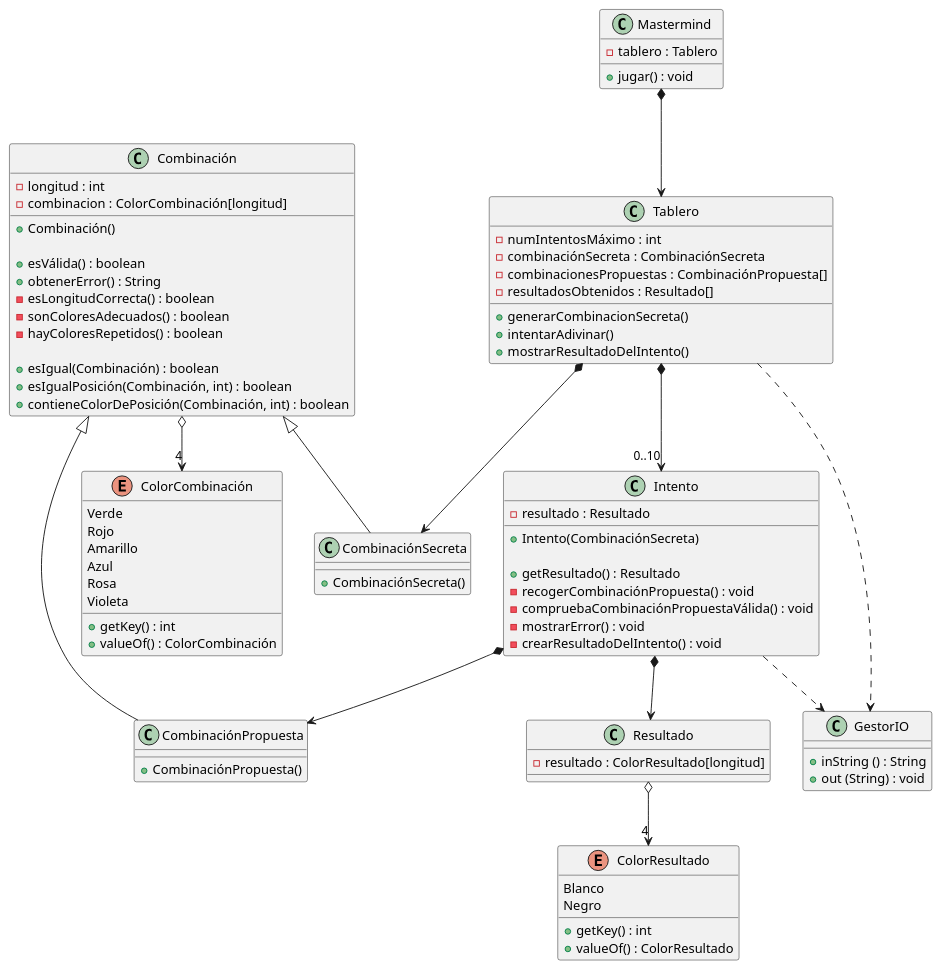
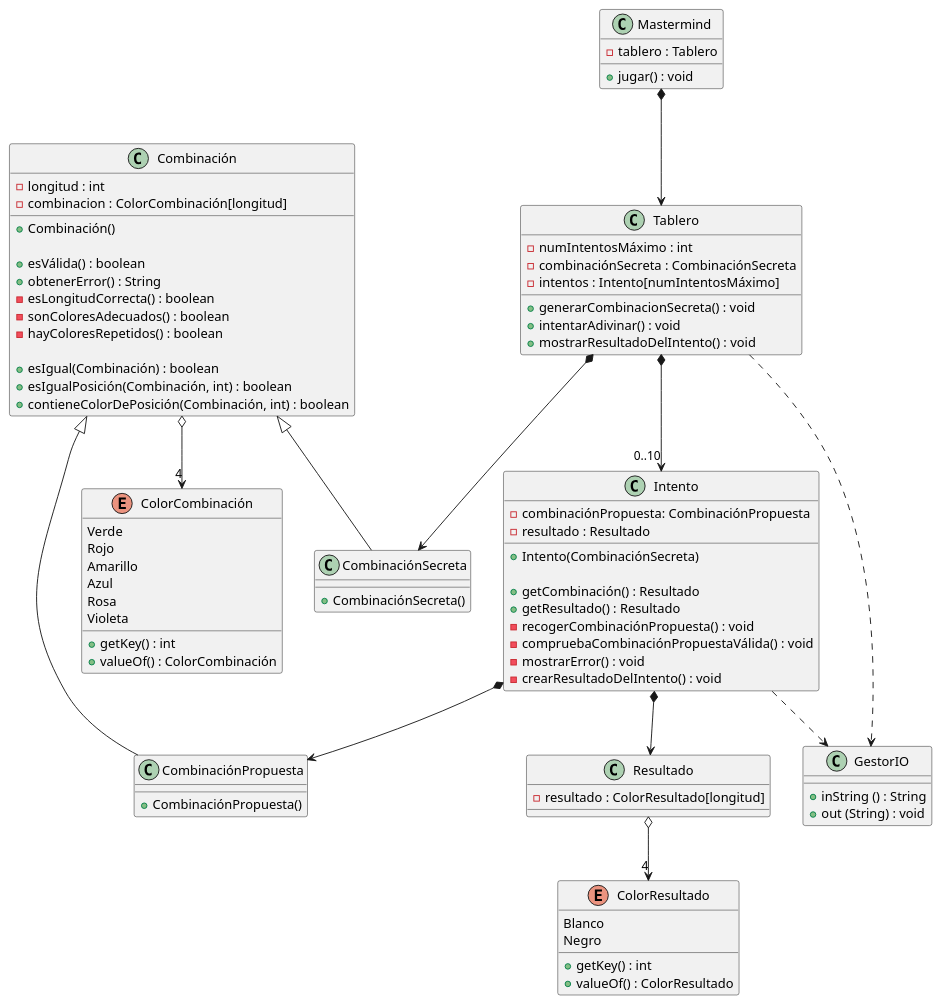
One commit to Master-Desarrollo-20-21/ejercicio-2-vista-publica-clases-mastermind-JoaquinRamos changed the diagram in MastermindVistaPublica.puml. Above: the diagram before and after it, drawn with PlantUML.

Commit message:
Añadida combinaciónPropuesta a Intento Cambiados 2 Arrays en Tablero (CombinacionesPropuestas y Resultados) por uno de Intentos que ya tiene ambos.

```diff
--- a/MastermindVistaPublica.puml
+++ b/MastermindVistaPublica.puml
@@ -2,110 +2,111 @@
 @startuml name Mastermind_JoaquinRamos_VistaPublica
 
 'Clases
 
 class Mastermind {
     - tablero : Tablero
     + jugar() : void
 }
 
 class Tablero {
     -numIntentosMáximo : int
     - combinaciónSecreta : CombinaciónSecreta
-    - combinacionesPropuestas : CombinaciónPropuesta[]
-    - resultadosObtenidos : Resultado[]
+    - intentos : Intento[numIntentosMáximo]
 
-    + generarCombinacionSecreta()
-    +intentarAdivinar()
-    +mostrarResultadoDelIntento()
+    + generarCombinacionSecreta() : void
+    +intentarAdivinar() : void
+    +mostrarResultadoDelIntento() : void
 }
 
 class Intento{
+    -combinaciónPropuesta: CombinaciónPropuesta
     - resultado : Resultado
 
     + Intento(CombinaciónSecreta)
 
+    +getCombinación() : Resultado
     +getResultado() : Resultado
     - recogerCombinaciónPropuesta() : void
     - compruebaCombinaciónPropuestaVálida() : void
     - mostrarError() : void
     - crearResultadoDelIntento() : void
 
 }
 
 class Resultado{
     - resultado : ColorResultado[longitud]
 }
 
 class GestorIO{
     + inString () : String    
     + out (String) : void
 }
 
 class Combinación {
     -longitud : int    
     - combinacion : ColorCombinación[longitud]
     + Combinación()
 
     'Comprobaciones de la Valided de su existencia
     + esVálida() : boolean
     + obtenerError() : String
     - esLongitudCorrecta() : boolean
     - sonColoresAdecuados() : boolean
     - hayColoresRepetidos() : boolean
 
     'Comparación con otra Combinacion, o con una posición de esta o si un color sí vale
     + esIgual(Combinación) : boolean
     + esIgualPosición(Combinación, int) : boolean
     + contieneColorDePosición(Combinación, int) : boolean
 }
 
 class CombinaciónSecreta {
     + CombinaciónSecreta()
 }
 
 class CombinaciónPropuesta {
     + CombinaciónPropuesta()
 }
 
 
 'Enumerados
 Enum ColorCombinación{
     Verde
     Rojo
     Amarillo
     Azul
     Rosa
     Violeta
     + getKey() : int
     + valueOf() : ColorCombinación
 }
 
 Enum ColorResultado{
     Blanco
     Negro
     + getKey() : int
     + valueOf() : ColorResultado
 }
 
 
 'Relaciones
 
 Mastermind *-down-> Tablero
 
 
 Tablero *--> CombinaciónSecreta
 Tablero *-->  "0..10" Intento
 Tablero .down.> GestorIO
 
 CombinaciónSecreta-up-|> Combinación 
 CombinaciónPropuesta -up-|> Combinación 
 
 Combinación o-down-> "4" ColorCombinación
 
 Intento *--> CombinaciónPropuesta
 Intento *-down-> Resultado
 Intento .down.> GestorIO
 
 Resultado o-down-> "4" ColorResultado
 
 @enduml
```
